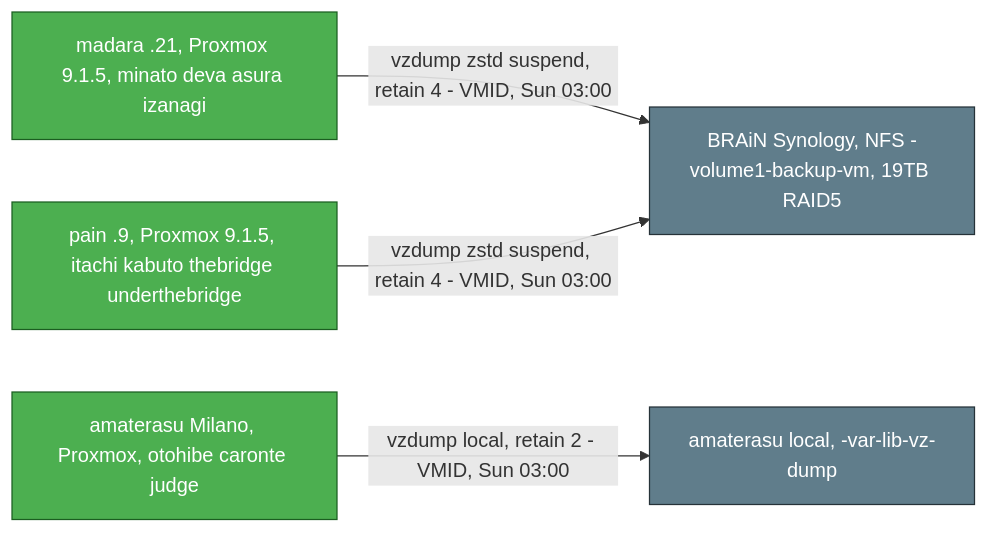
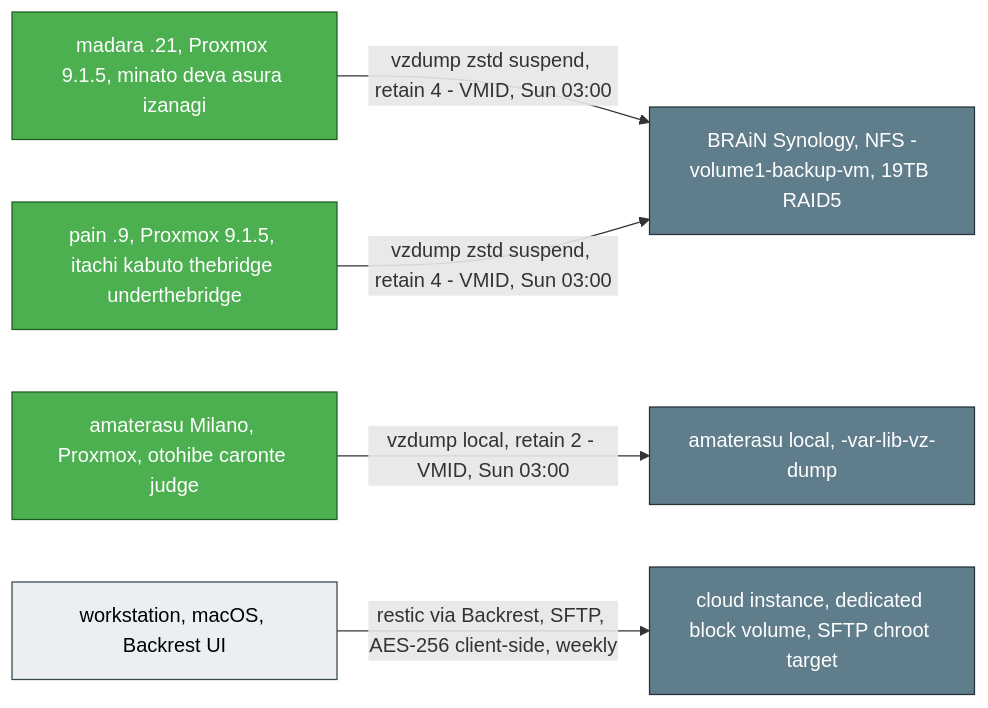
The fifth of 7 diagrams in content/infra-flow.md (lorenzogirardi/website), drawn with Mermaid before and after one commit. The commit also changed other lines of this file, not shown here.

Commit message:
post(infra-flow): add restic/Backrest laptop archive to backup topology
Covers offsite workstation backup flow alongside Proxmox vzdump, per
infrastructure-settings/backup/strategy.md.

```diff
--- a/content/infra-flow.md
+++ b/content/infra-flow.md
@@ -338,16 +338,22 @@
 {{< mermaid >}}
 flowchart LR
     classDef ok fill:#4CAF50,stroke:#1B5E20,color:#fff
     classDef store fill:#607D8B,stroke:#263238,color:#fff
+    classDef client fill:#ECEFF1,stroke:#37474F,color:#000
 
     MADARA[madara .21, Proxmox 9.1.5, minato deva asura izanagi]:::ok
     PAIN[pain .9, Proxmox 9.1.5, itachi kabuto thebridge underthebridge]:::ok
     AMATERASU[amaterasu Milano, Proxmox, otohibe caronte judge]:::ok
 
     BRAIN[BRAiN Synology, NFS -volume1-backup-vm, 19TB RAID5]:::store
     LOCAL[amaterasu local, -var-lib-vz-dump]:::store
 
     MADARA -->|vzdump zstd suspend, retain 4 - VMID, Sun 03:00| BRAIN
     PAIN -->|vzdump zstd suspend, retain 4 - VMID, Sun 03:00| BRAIN
     AMATERASU -->|vzdump local, retain 2 - VMID, Sun 03:00| LOCAL
+
+    LAPTOP[workstation, macOS, Backrest UI]:::client
+    ARCHIVE[cloud instance, dedicated block volume, SFTP chroot target]:::store
+
+    LAPTOP -->|restic via Backrest, SFTP, AES-256 client-side, weekly| ARCHIVE
 {{< /mermaid >}}
```
